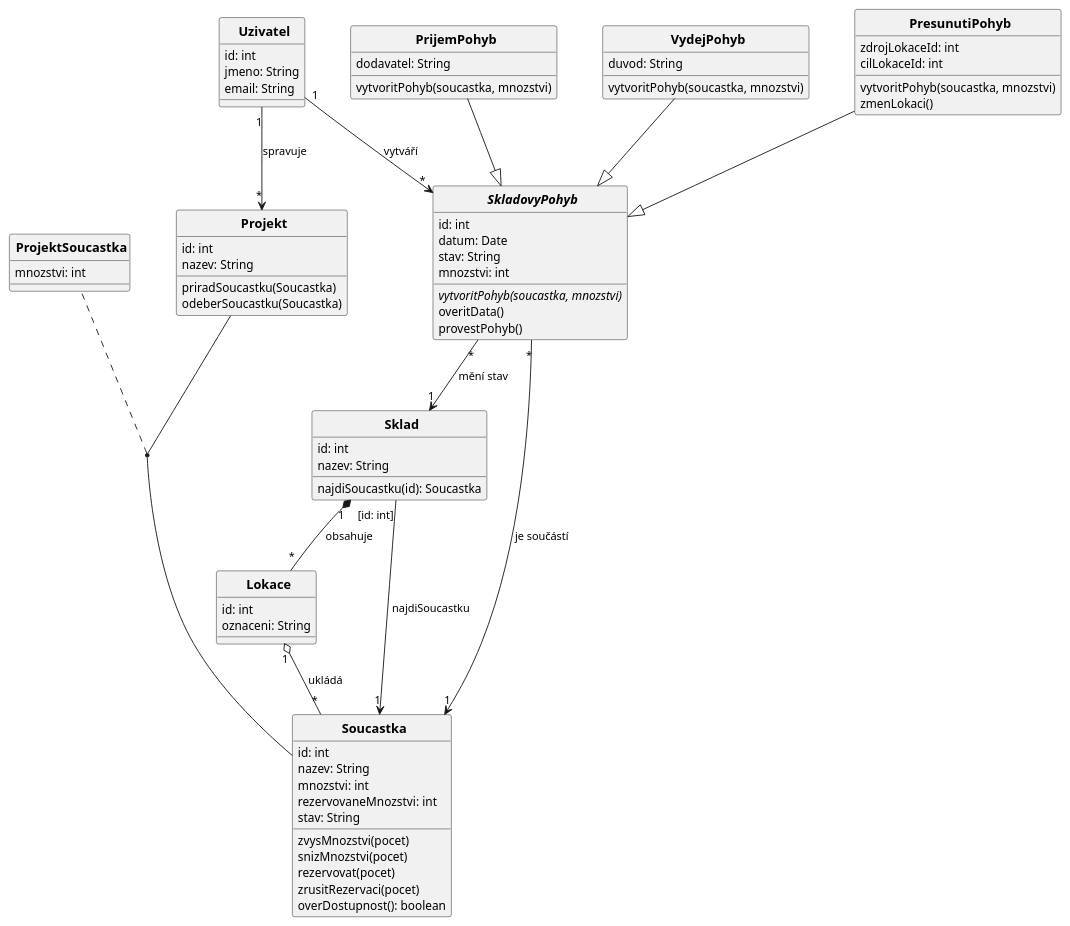
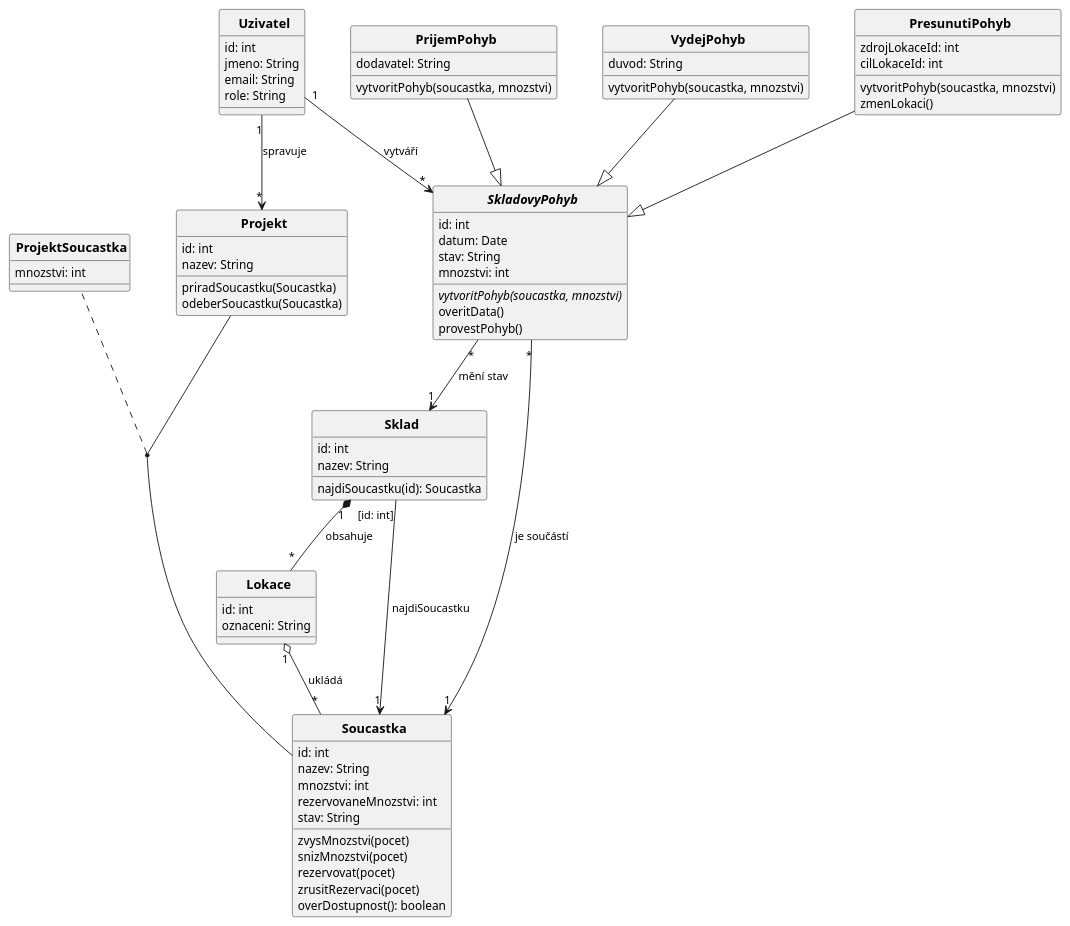
One commit to lkvapil/kOdevzdaniProjektWMS changed the diagram in diagrams/02_class_diagram.puml. Above: the diagram before and after it, drawn with PlantUML. The commit also changed 1 other file, not shown here.

Commit message:
Uzivatel: pridani atributu role pro konzistenci s Use Case diagramem

```diff
--- a/diagrams/02_class_diagram.puml
+++ b/diagrams/02_class_diagram.puml
@@ -1,105 +1,106 @@
 @startuml
 top to bottom direction
 skinparam CircledCharacterRadius 0
 skinparam CircledCharacterFontSize 0
 skinparam defaultFontSize 13
 skinparam classFontSize 14
 skinparam classFontStyle bold
 skinparam ArrowFontSize 12
 skinparam nodesep 50
 skinparam ranksep 60
 
 class Uzivatel {
   id: int
   jmeno: String
   email: String
+  role: String
 }
 
 class PrijemPohyb {
   dodavatel: String
   vytvoritPohyb(soucastka, mnozstvi)
 }
 
 class VydejPohyb {
   duvod: String
   vytvoritPohyb(soucastka, mnozstvi)
 }
 
 class PresunutiPohyb {
   zdrojLokaceId: int
   cilLokaceId: int
   vytvoritPohyb(soucastka, mnozstvi)
   zmenLokaci()
 }
 
 abstract class SkladovyPohyb {
   id: int
   datum: Date
   stav: String
   mnozstvi: int
   {abstract} vytvoritPohyb(soucastka, mnozstvi)
   overitData()
   provestPohyb()
 }
 
 class Projekt {
   id: int
   nazev: String
   priradSoucastku(Soucastka)
   odeberSoucastku(Soucastka)
 }
 
 class ProjektSoucastka {
   mnozstvi: int
 }
 
 class Sklad {
   id: int
   nazev: String
   najdiSoucastku(id): Soucastka
 }
 
 class Lokace {
   id: int
   oznaceni: String
 }
 
 class Soucastka {
   id: int
   nazev: String
   mnozstvi: int
   rezervovaneMnozstvi: int
   stav: String
   zvysMnozstvi(pocet)
   snizMnozstvi(pocet)
   rezervovat(pocet)
   zrusitRezervaci(pocet)
   overDostupnost(): boolean
 }
 
 ' ── Generalizace ──────────────────────────────────────────────────────────────
 PrijemPohyb    --|> SkladovyPohyb
 VydejPohyb     --|> SkladovyPohyb
 PresunutiPohyb --|> SkladovyPohyb
 
 ' ── Atribut spojení ───────────────────────────────────────────────────────────
 (Projekt, Soucastka) .. ProjektSoucastka
 Projekt -[hidden]left- ProjektSoucastka
 
 ' ── Kvalifikovaná vazba ───────────────────────────────────────────────────────
 Sklad "[id: int]" --> "1" Soucastka : najdiSoucastku
 
 ' ── Asociace ──────────────────────────────────────────────────────────────────
 SkladovyPohyb "*" --> "1" Soucastka     : je součástí
 Sklad         "1" *-- "*" Lokace        : obsahuje
 Lokace        "1" o-- "*" Soucastka     : ukládá
 SkladovyPohyb "*" --> "1" Sklad         : mění stav
 Uzivatel      "1" --> "*" SkladovyPohyb : vytváří
 Uzivatel      "1" --> "*" Projekt       : spravuje
 
 ' ── Layout ────────────────────────────────────────────────────────────────────
 Uzivatel    -[hidden]right- PrijemPohyb
 PrijemPohyb -[hidden]right- VydejPohyb
 VydejPohyb  -[hidden]right- PresunutiPohyb
 
 @enduml
```
